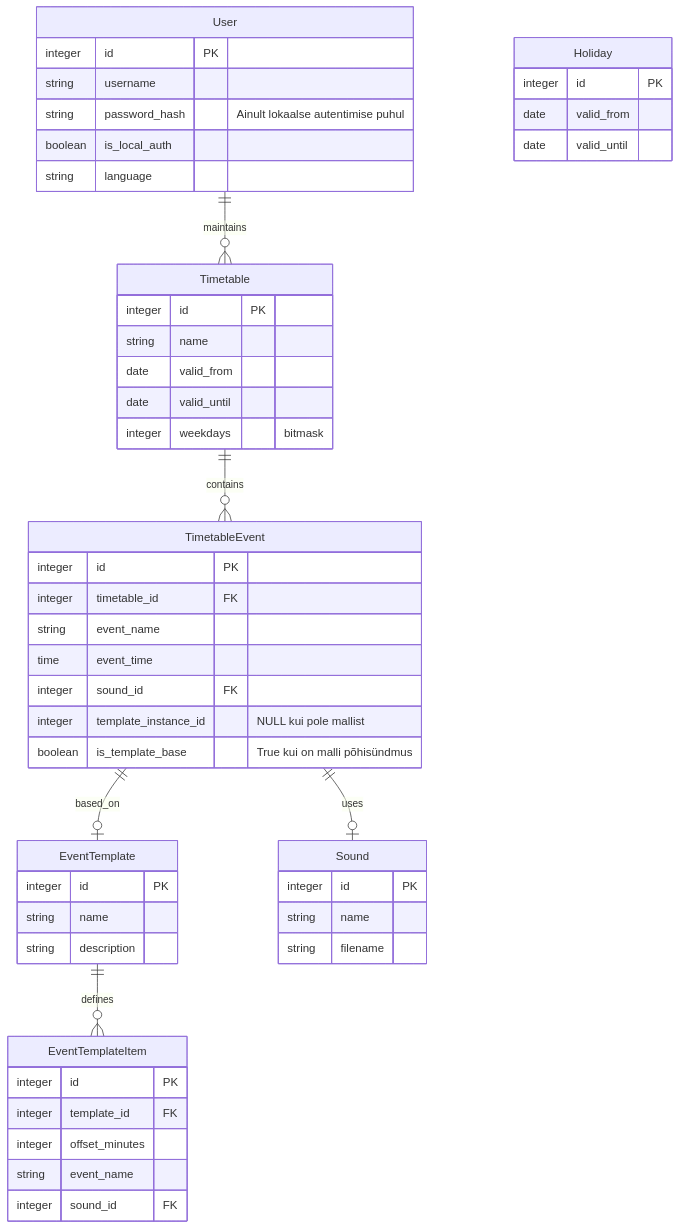
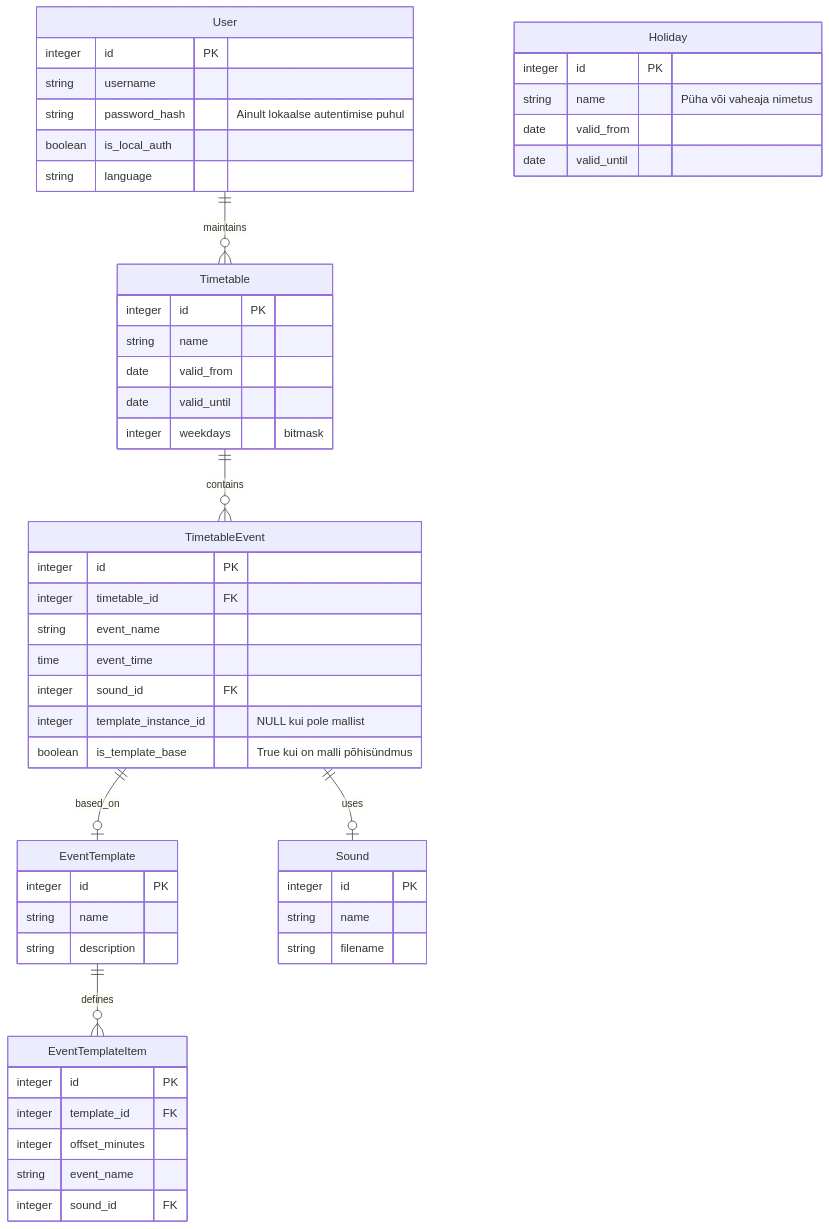
Before and after one commit to tsebukas/Lible: the diagram in lähteülesanne/Koolikella süsteemi täielik andmemudel.mermaid, drawn with Mermaid. The commit also changed 13 other files, not shown here.

```diff
--- a/lähteülesanne/Koolikella süsteemi täielik andmemudel.mermaid
+++ b/lähteülesanne/Koolikella süsteemi täielik andmemudel.mermaid
@@ -1,57 +1,58 @@
 erDiagram
     User ||--o{ Timetable : maintains
     User {
         integer id PK
         string username
         string password_hash "Ainult lokaalse autentimise puhul"
         boolean is_local_auth
         string language
     }
 
     Timetable ||--o{ TimetableEvent : contains
     Timetable {
         integer id PK
         string name
         date valid_from
         date valid_until
         integer weekdays "bitmask"
     }
 
     EventTemplate ||--o{ EventTemplateItem : defines
     EventTemplate {
         integer id PK
         string name
         string description
     }
 
     EventTemplateItem {
         integer id PK
         integer template_id FK
         integer offset_minutes
         string event_name
         integer sound_id FK
     }
 
     TimetableEvent ||--o| Sound : uses
     TimetableEvent ||--o| EventTemplate : based_on
     TimetableEvent {
         integer id PK
         integer timetable_id FK
         string event_name
         time event_time
         integer sound_id FK
         integer template_instance_id "NULL kui pole mallist"
         boolean is_template_base "True kui on malli põhisündmus"
     }
 
     Sound {
         integer id PK
         string name
         string filename
     }
 
     Holiday {
         integer id PK
+        string name "Püha või vaheaja nimetus"
         date valid_from
         date valid_until
     }
```
